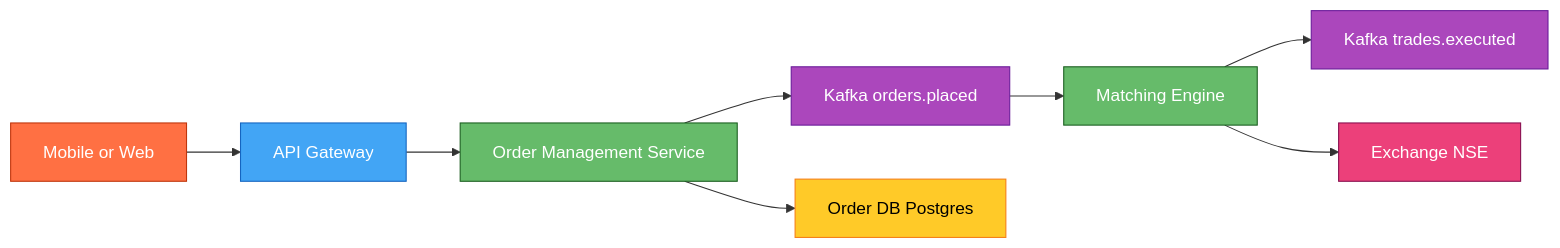
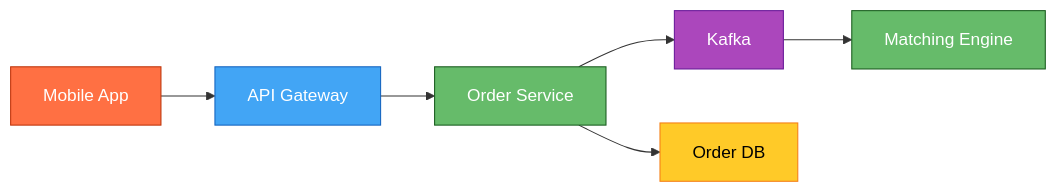
One commit to iluzn/HLD-Designs changed the second of 9 diagrams in content/hld/StockBroker.md. Above: the diagram before and after it, drawn with Mermaid. The commit also changed other lines of this file, not shown here.

Commit message:
Improve Stock Broker HLD: conversational explanations, inline term hints, incremental diagrams

````diff
--- a/content/hld/StockBroker.md
+++ b/content/hld/StockBroker.md
@@ -157,26 +167,21 @@
 ```mermaid
 flowchart LR
-    App["Mobile or Web"]:::client
+    App["Mobile App"]:::client
     GW["API Gateway"]:::edge
-    OMS["Order Management Service"]:::service
-    KF["Kafka orders.placed"]:::async
+    OMS["Order Service"]:::service
+    KF["Kafka"]:::async
     ME["Matching Engine"]:::service
-    KF2["Kafka trades.executed"]:::async
-    DB["Order DB Postgres"]:::data
-    EX["Exchange NSE"]:::external
+    DB["Order DB"]:::data
 
     App --> GW
     GW --> OMS
+    OMS --> DB
     OMS --> KF
     KF --> ME
-    ME --> KF2
-    OMS --> DB
-    ME --> EX
 
     classDef client fill:#FF7043,stroke:#BF360C,color:#fff
     classDef edge fill:#42A5F5,stroke:#1565C0,color:#fff
     classDef service fill:#66BB6A,stroke:#1B5E20,color:#fff
     classDef async fill:#AB47BC,stroke:#6A1B9A,color:#fff
     classDef data fill:#FFCA28,stroke:#F57F17,color:#000
-    classDef external fill:#EC407A,stroke:#880E4F,color:#fff
 ```
````
